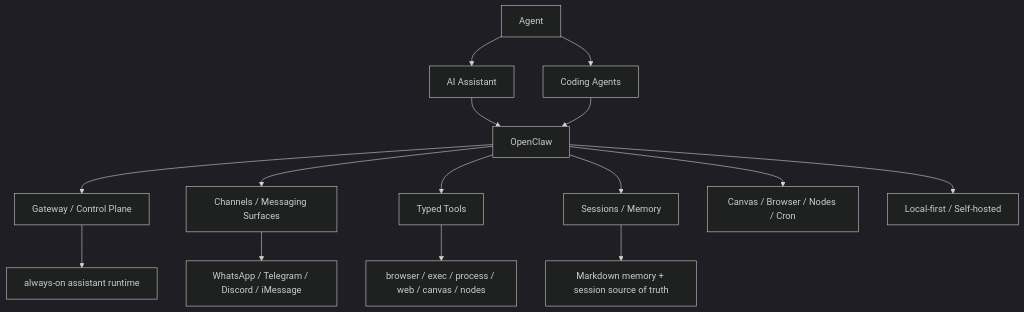
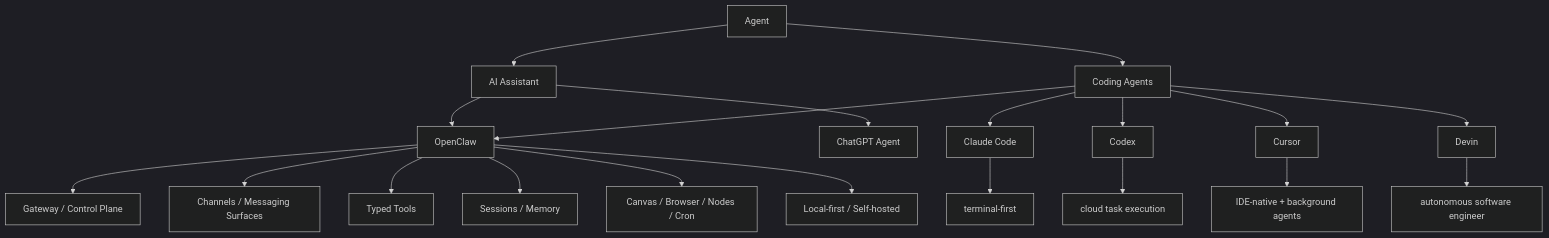
Before and after one commit to superliyang/tony-2026: the diagram in 01-Areas/AI-Learning/07-Maps/AI Agent Systems Map.md, drawn with Mermaid (dark theme). The commit also changed other lines of this file and 12 other files, not shown here.

````diff
--- a/01-Areas/AI-Learning/07-Maps/AI Agent Systems Map.md
+++ b/01-Areas/AI-Learning/07-Maps/AI Agent Systems Map.md
@@ -14,19 +14,24 @@
 ```mermaid
 flowchart TD
   A["Agent"] --> B["AI Assistant"]
   A --> C["Coding Agents"]
   B --> D["OpenClaw"]
+  B --> E["ChatGPT Agent"]
+  C --> C1["Claude Code"]
+  C --> C2["Codex"]
+  C --> C3["Cursor"]
+  C --> C4["Devin"]
   C --> D
 
   D --> D1["Gateway / Control Plane"]
   D --> D2["Channels / Messaging Surfaces"]
   D --> D3["Typed Tools"]
   D --> D4["Sessions / Memory"]
   D --> D5["Canvas / Browser / Nodes / Cron"]
   D --> D6["Local-first / Self-hosted"]
 
-  D3 --> E["browser / exec / process / web / canvas / nodes"]
-  D4 --> F["Markdown memory + session source of truth"]
-  D2 --> G["WhatsApp / Telegram / Discord / iMessage"]
-  D1 --> H["always-on assistant runtime"]
+  C1 --> F1["terminal-first"]
+  C2 --> F2["cloud task execution"]
+  C3 --> F3["IDE-native + background agents"]
+  C4 --> F4["autonomous software engineer"]
 ```
````
